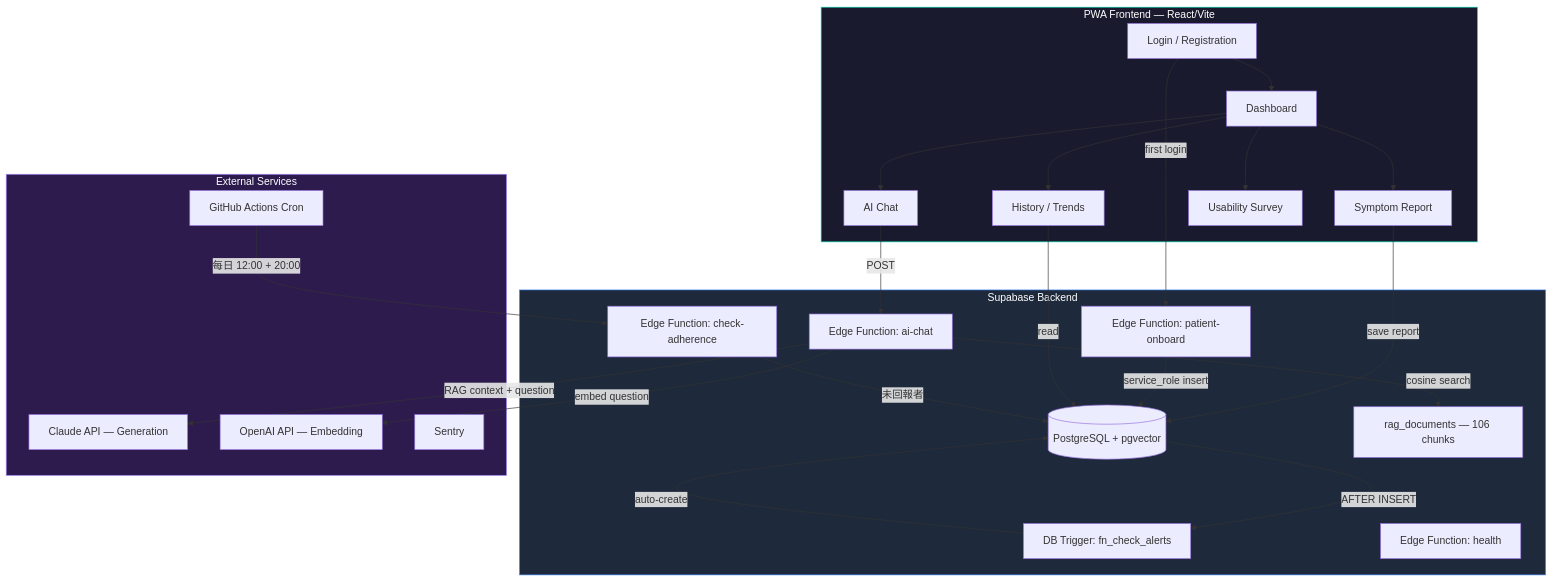
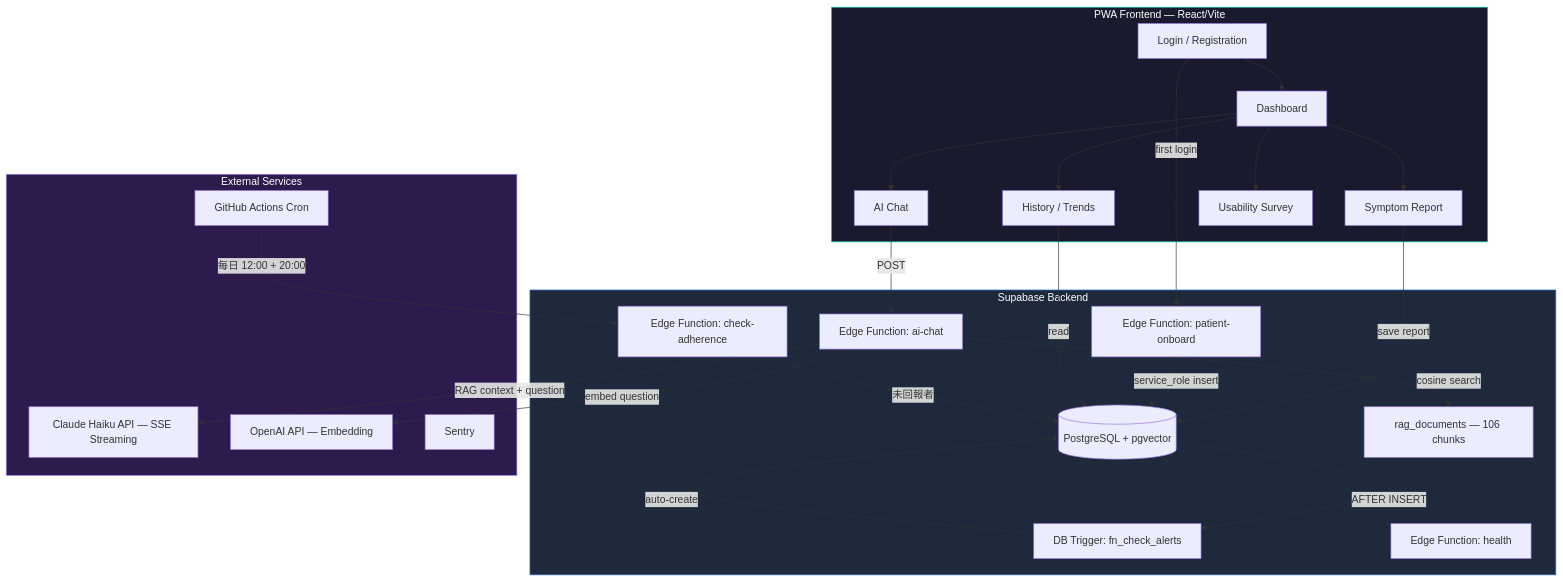
The diagram in README.md (odafeng/Hemorrhoids_PostOp), drawn with Mermaid before and after one commit. The commit also changed other lines of this file and 1 other file, not shown here.

````diff
--- a/README.md
+++ b/README.md
@@ -8,44 +8,44 @@
 ```mermaid
 graph TD
   subgraph Client[PWA Frontend — React/Vite]
     A[Login / Registration] --> B[Dashboard]
     B --> C[Symptom Report]
     B --> D[History / Trends]
     B --> E[AI Chat]
     B --> F[Usability Survey]
   end
 
   subgraph Supabase[Supabase Backend]
     G[(PostgreSQL + pgvector)]
     H[Edge Function: ai-chat]
     I[Edge Function: patient-onboard]
     J[DB Trigger: fn_check_alerts]
     L[Edge Function: check-adherence]
     P[Edge Function: health]
     R[rag_documents — 106 chunks]
   end
 
   subgraph External[External Services]
-    K[Claude API — Generation]
+    K[Claude Haiku API — SSE Streaming]
     O[OpenAI API — Embedding]
     M[Sentry]
     N[GitHub Actions Cron]
   end
 
   C -- save report --> G
   G -- AFTER INSERT --> J
   J -- auto-create --> G
   E -- POST --> H
   H -- embed question --> O
   H -- cosine search --> R
   H -- RAG context + question --> K
   A -- first login --> I
   I -- service_role insert --> G
   D -- read --> G
   N -- 每日 12:00 + 20:00 --> L
   L -- 未回報者 --> G
 
   style Client fill:#1a1a2e,stroke:#00d4aa,color:#fff
   style Supabase fill:#1e293b,stroke:#3b82f6,color:#fff
   style External fill:#2d1b4e,stroke:#a78bfa,color:#fff
 ```
````
